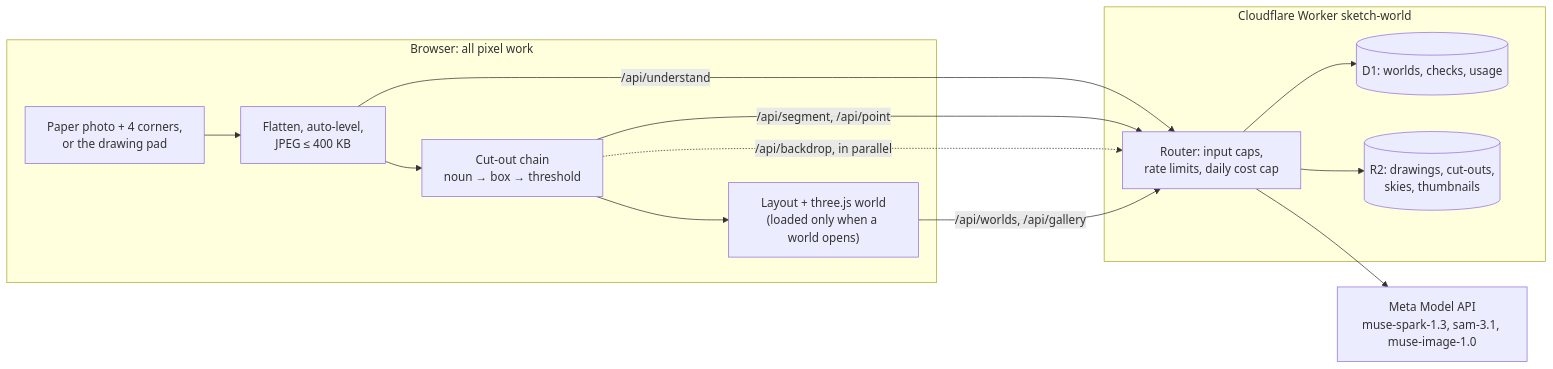
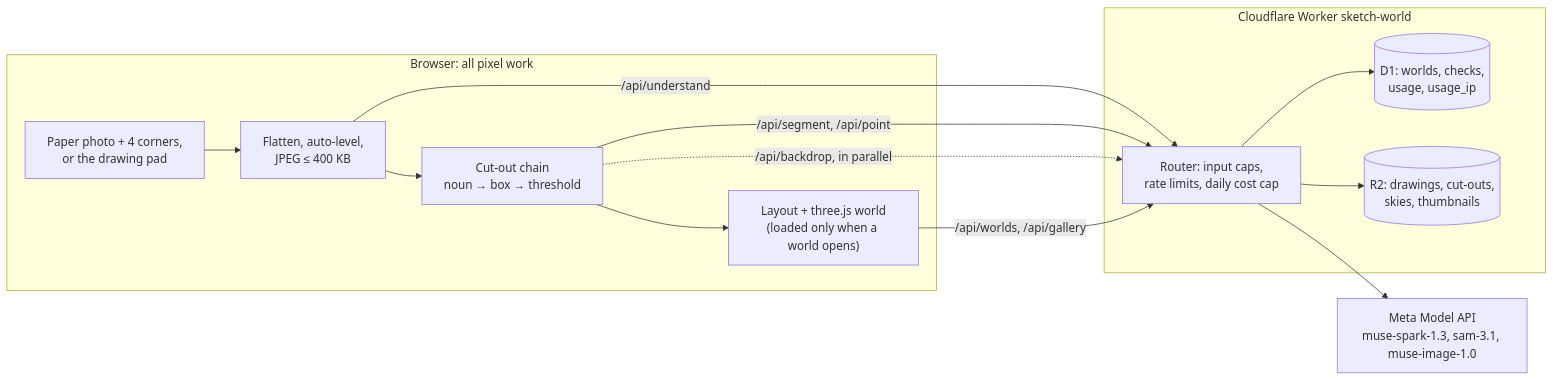
The diagram in README.md (Shamanthnp1/sketch-world), drawn with Mermaid before and after one commit. The commit also changed other lines of this file and 2 other files, not shown here.

````diff
--- a/README.md
+++ b/README.md
@@ -111,18 +111,18 @@
 ```mermaid
 flowchart LR
   subgraph Browser["Browser: all pixel work"]
     IN["Paper photo + 4 corners,<br/>or the drawing pad"] --> FL["Flatten, auto-level,<br/>JPEG ≤ 400 KB"]
     FL --> CH["Cut-out chain<br/>noun → box → threshold"]
     CH --> WD["Layout + three.js world<br/>(loaded only when a world opens)"]
   end
   subgraph Worker["Cloudflare Worker sketch-world"]
     RT["Router: input caps,<br/>rate limits, daily cost cap"]
-    RT --> D1[("D1: worlds, checks, usage")]
+    RT --> D1[("D1: worlds, checks,<br/>usage, usage_ip")]
     RT --> R2[("R2: drawings, cut-outs,<br/>skies, thumbnails")]
   end
   FL -->|"/api/understand"| RT
   CH -->|"/api/segment, /api/point"| RT
   CH -.->|"/api/backdrop, in parallel"| RT
   WD -->|"/api/worlds, /api/gallery"| RT
   RT --> API["Meta Model API<br/>muse-spark-1.3, sam-3.1, muse-image-1.0"]
 ```
````
